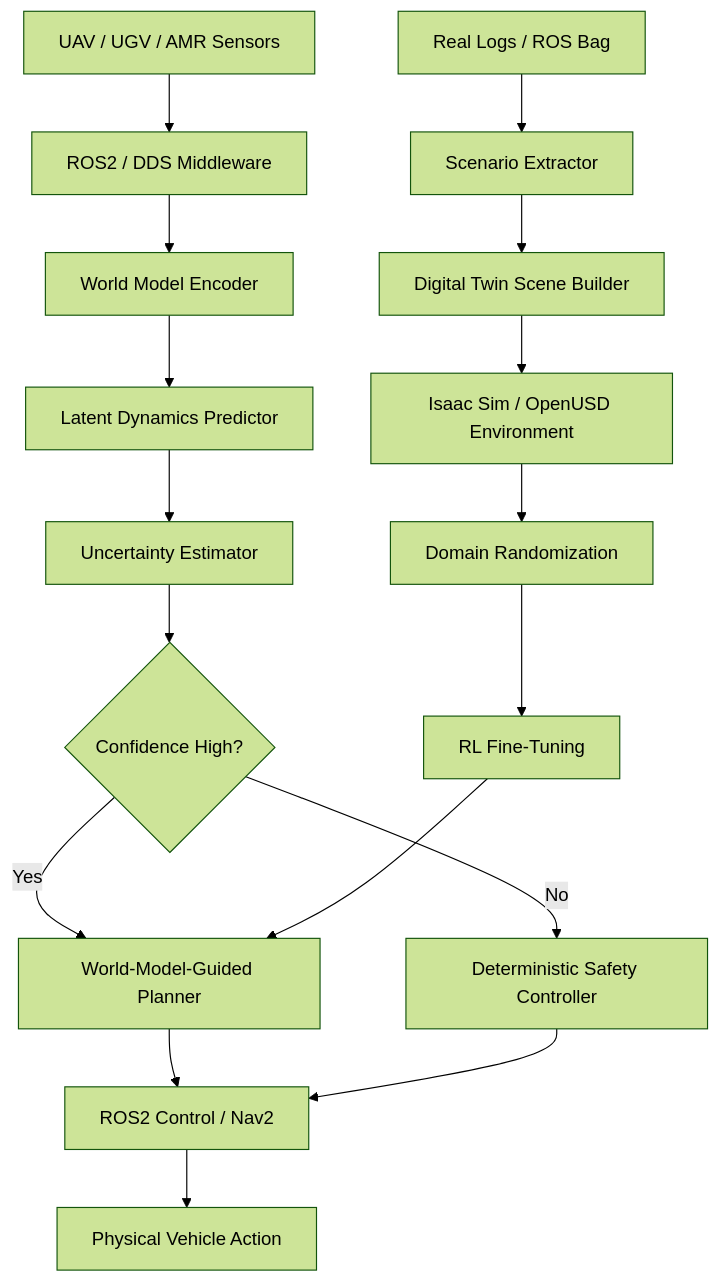
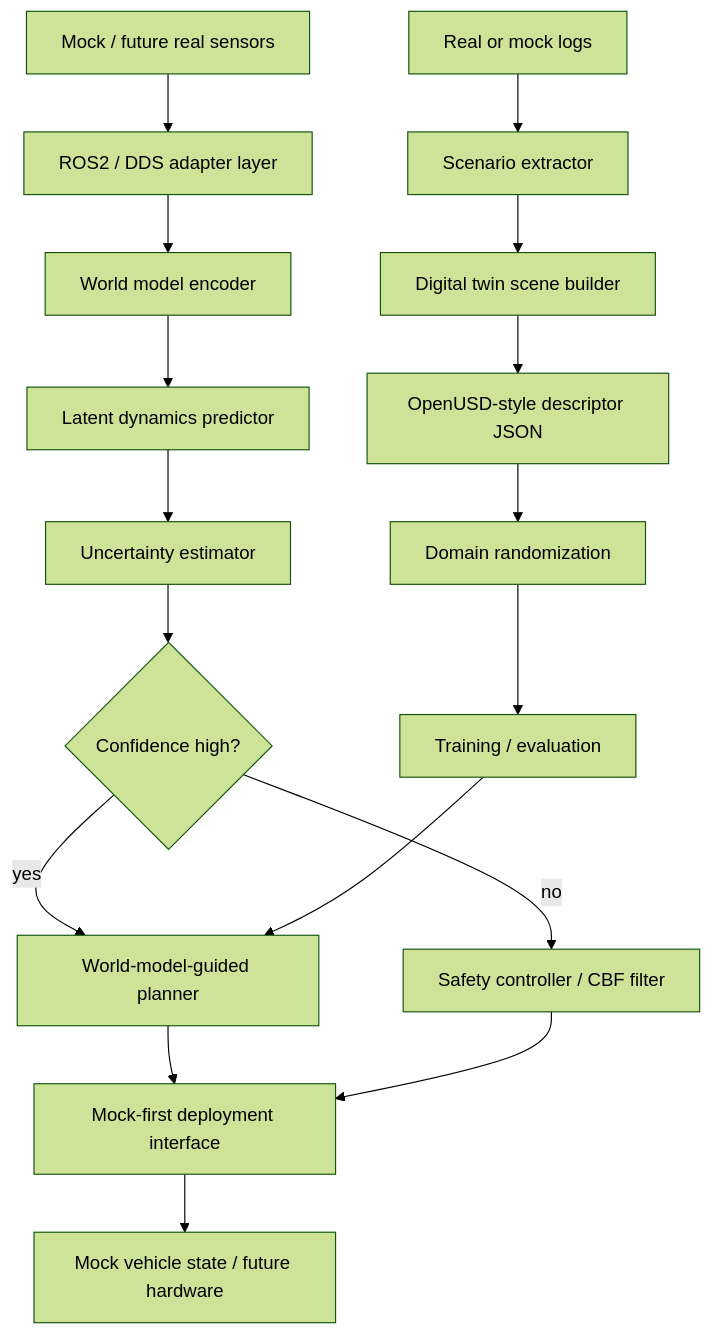
Before and after one commit to Neura-Shadow/GWM-UAV-Navigation-Sparse-Rewards: the diagram in README.md, drawn with Mermaid (forest theme). The commit also changed other lines of this file and 10 other files, not shown here.

Commit message:
Stabilize mock-first framework checkpoint

````diff
--- a/README.md
+++ b/README.md
@@ -84,20 +53,20 @@
 ```mermaid
 flowchart TD
-    A[UAV / UGV / AMR Sensors] --> B[ROS2 / DDS Middleware]
-    B --> C[World Model Encoder]
-    C --> D[Latent Dynamics Predictor]
-    D --> E[Uncertainty Estimator]
-    E --> F{Confidence High?}
-    F -- Yes --> G[World-Model-Guided Planner]
-    F -- No --> H[Deterministic Safety Controller]
-    G --> I[ROS2 Control / Nav2]
+    A["Mock / future real sensors"] --> B["ROS2 / DDS adapter layer"]
+    B --> C["World model encoder"]
+    C --> D["Latent dynamics predictor"]
+    D --> E["Uncertainty estimator"]
+    E --> F{"Confidence high?"}
+    F -- "yes" --> G["World-model-guided planner"]
+    F -- "no" --> H["Safety controller / CBF filter"]
+    G --> I["Mock-first deployment interface"]
     H --> I
-    I --> J[Physical Vehicle Action]
+    I --> J["Mock vehicle state / future hardware"]
 
-    K[Real Logs / ROS Bag] --> L[Scenario Extractor]
-    L --> M[Digital Twin Scene Builder]
-    M --> N[Isaac Sim / OpenUSD Environment]
-    N --> O[Domain Randomization]
-    O --> P[RL Fine-Tuning]
+    K["Real or mock logs"] --> L["Scenario extractor"]
+    L --> M["Digital twin scene builder"]
+    M --> N["OpenUSD-style descriptor JSON"]
+    N --> O["Domain randomization"]
+    O --> P["Training / evaluation"]
     P --> G
 ```
````
